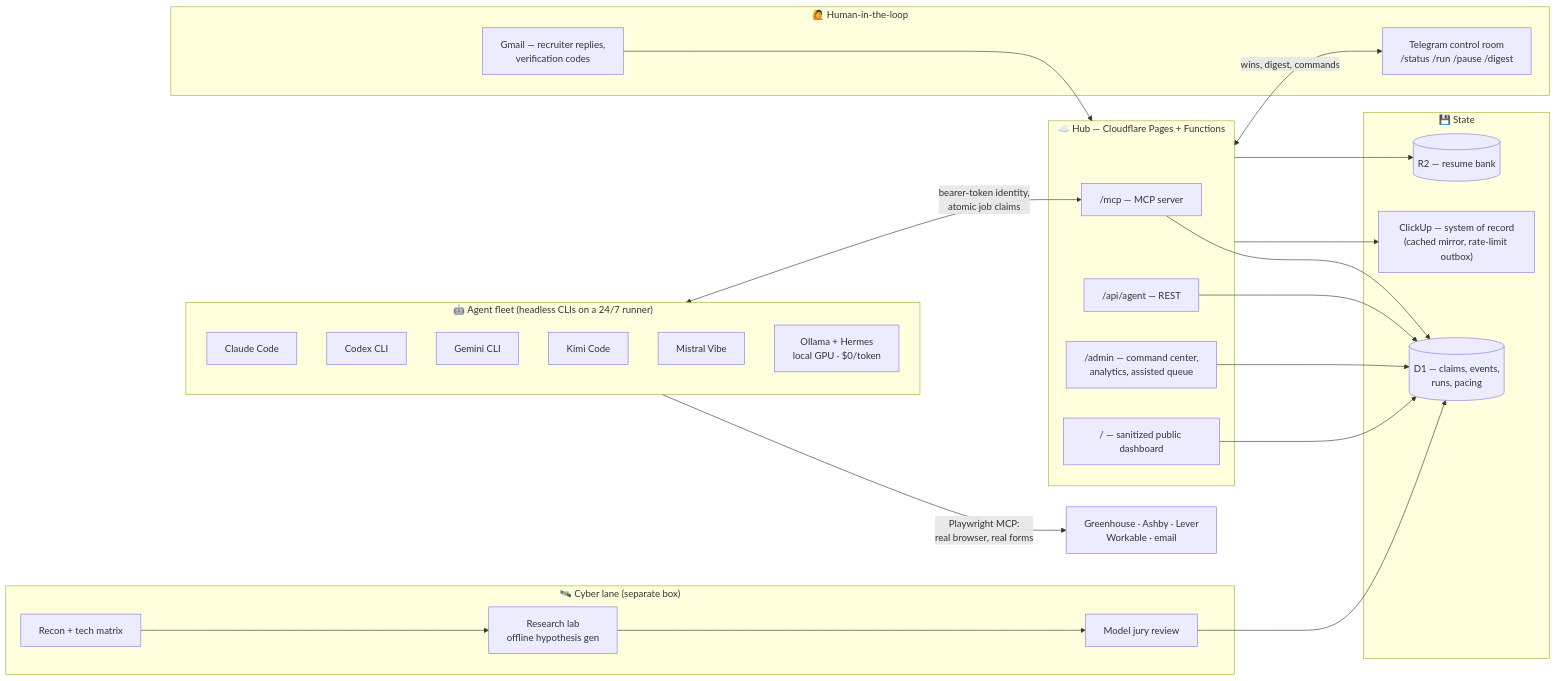
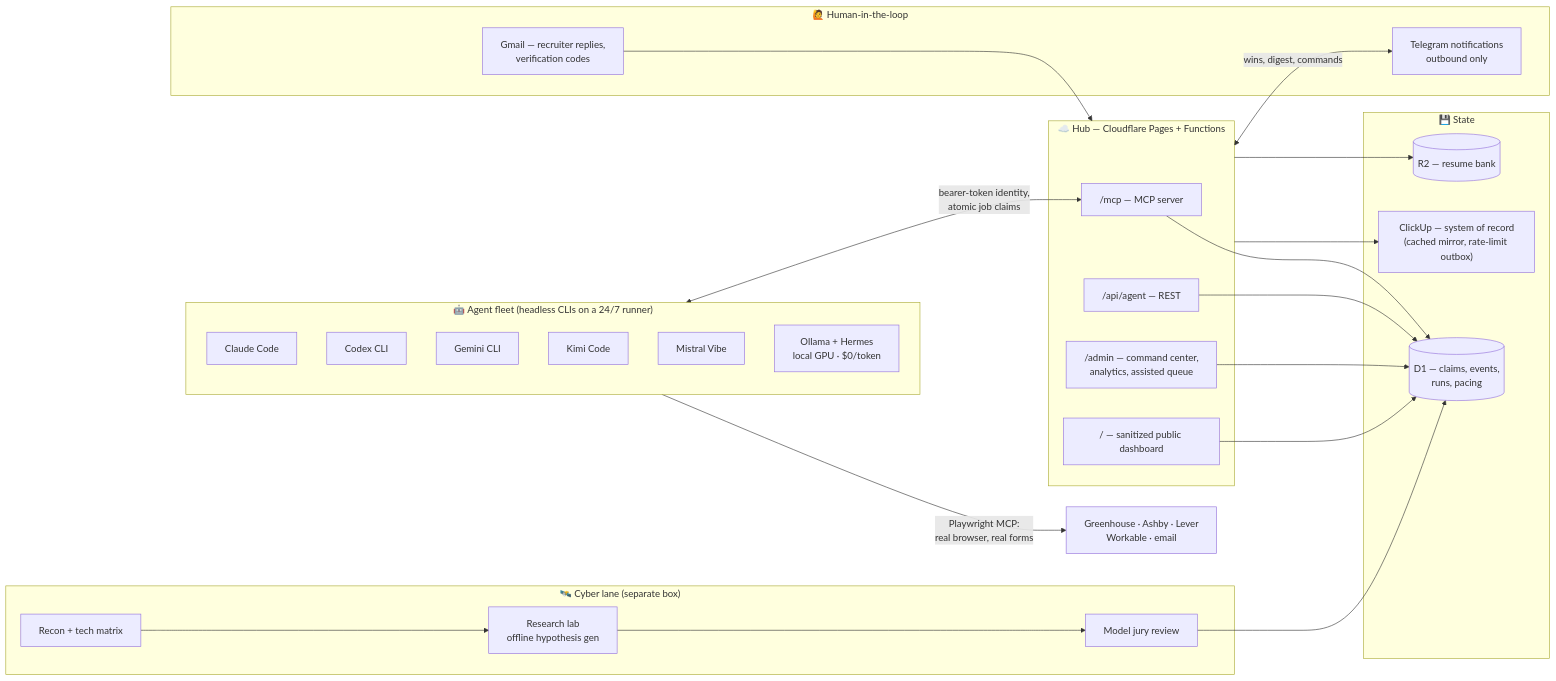
The diagram in README.md (prestonzen/job-agent-hub), drawn with Mermaid before and after one commit. The commit also changed other lines of this file and 5 other files, not shown here.

Commit message:
fix: make Ava Telegram notifications outbound only

````diff
--- a/README.md
+++ b/README.md
@@ -46,46 +46,46 @@
 ```mermaid
 flowchart LR
     subgraph Fleet["🤖 Agent fleet (headless CLIs on a 24/7 runner)"]
         C[Claude Code]
         CX[Codex CLI]
         G[Gemini CLI]
         K[Kimi Code]
         M[Mistral Vibe]
         O[Ollama + Hermes<br/>local GPU · $0/token]
     end
 
     subgraph Hub["☁️ Hub — Cloudflare Pages + Functions"]
         MCP["/mcp — MCP server"]
         REST["/api/agent — REST"]
         ADM["/admin — command center,<br/>analytics, assisted queue"]
         PUB["/ — sanitized public dashboard"]
     end
 
     subgraph Data["💾 State"]
         D1[("D1 — claims, events,<br/>runs, pacing")]
         R2[("R2 — resume bank")]
         CU["ClickUp — system of record<br/>(cached mirror, rate-limit outbox)"]
     end
 
     subgraph Lane["🛰️ Cyber lane (separate box)"]
         SC[Recon + tech matrix]
         RL[Research lab<br/>offline hypothesis gen]
         JU[Model jury review]
     end
 
     subgraph Human["🙋 Human-in-the-loop"]
-        TG["Telegram control room<br/>/status /run /pause /digest"]
+        TG["Telegram notifications<br/>outbound only"]
         GM["Gmail — recruiter replies,<br/>verification codes"]
     end
 
     Fleet -- "Playwright MCP:<br/>real browser, real forms" --> ATS["Greenhouse · Ashby · Lever<br/>Workable · email"]
     Fleet <-- "bearer-token identity,<br/>atomic job claims" --> MCP
     MCP & REST --> D1
     Hub --> CU
     Hub --> R2
     SC --> RL --> JU --> D1
     Hub <-- "wins, digest, commands" --> TG
     GM --> Hub
     PUB --> D1
     ADM --> D1
 ```
````
